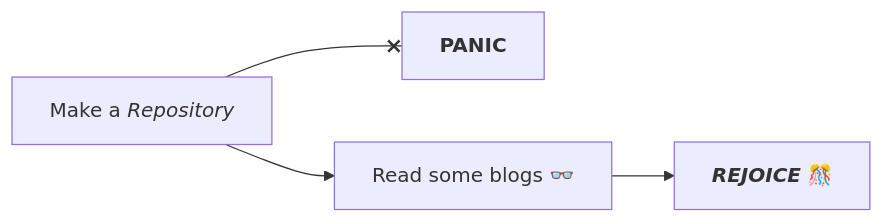
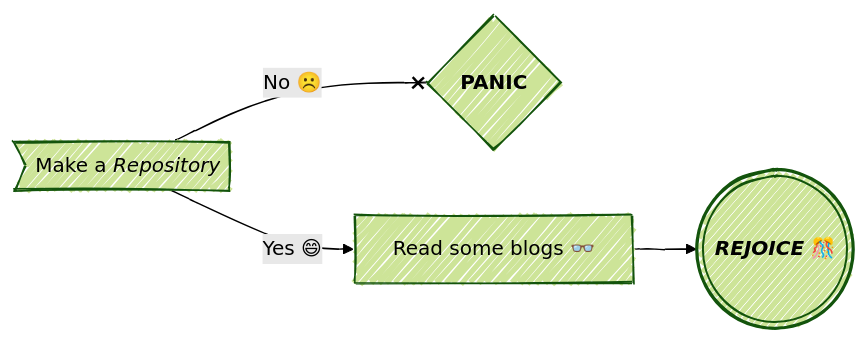
Before and after one commit to ADMBSL/Alison: the diagram in README.md, drawn with Mermaid.

````diff
--- a/README.md
+++ b/README.md
@@ -20,6 +20,11 @@
 ```mermaid
+---
+config:
+  look: handDrawn
+  theme: forest
+---
 flowchart LR;
-    A["`Make a _Repository_`"]--xB["`**PANIC**`"];
-    A-->C["`Read  some blogs 👓`"];
-    C-->D["`**_REJOICE_** 🎊`"];
+    A>"`Make a _Repository_`"]-- No ☹️ --xB{"`**PANIC**`"};
+    A-- Yes 😄 -->C["`Read  some blogs 👓`"];
+    C-->D((("`**_REJOICE_** 🎊`")));
 ```
````
